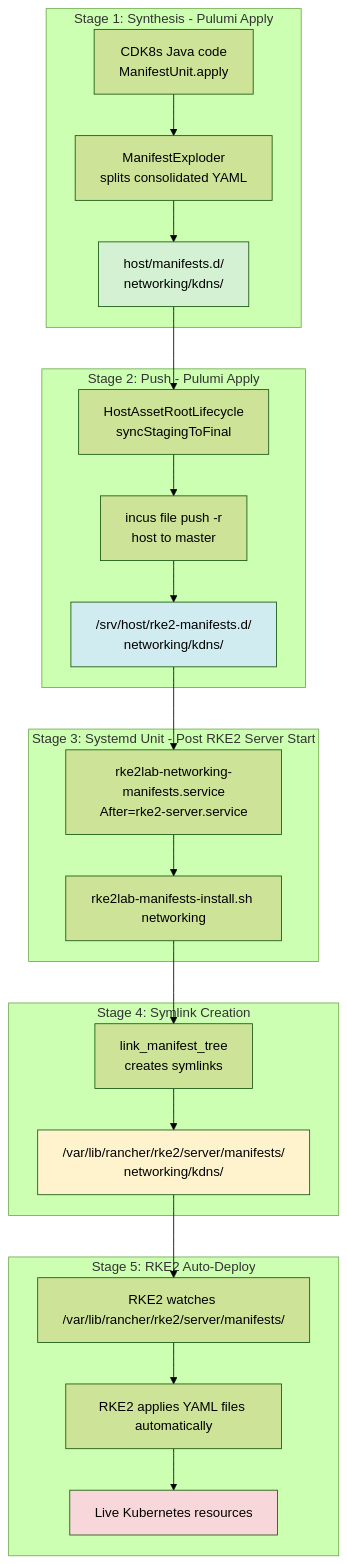
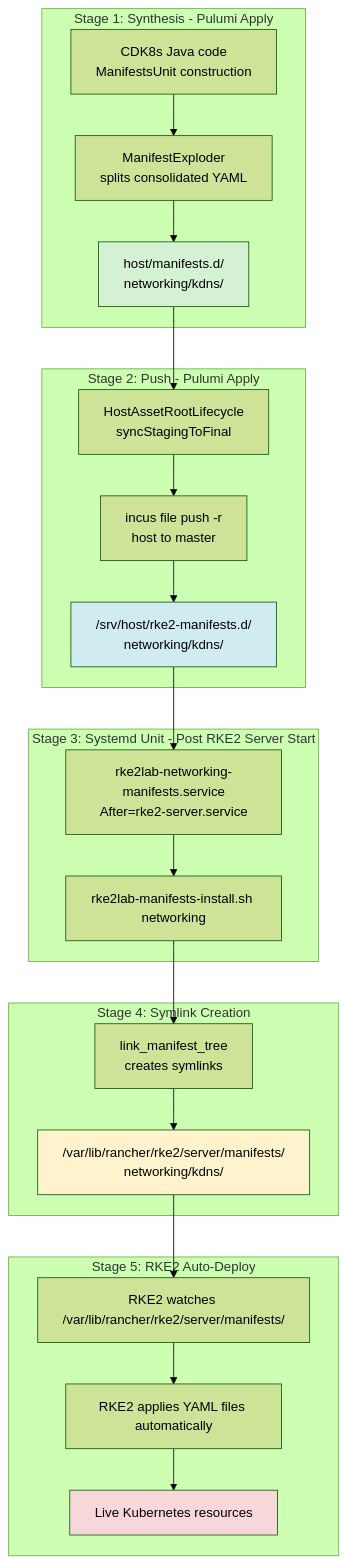
One commit to nxmatic/rke2lab changed the first of 5 diagrams in docs/manifest-apply-flow.adoc. Above: the diagram before and after it, drawn with Mermaid (forest theme). The commit also changed other lines of this file and 15 other files, not shown here.

First line of the commit message:
docs(manifests): consolidate architecture docs into hub + companions

```diff
--- a/docs/manifest-apply-flow.adoc
+++ b/docs/manifest-apply-flow.adoc
@@ -13,49 +13,49 @@
 [mermaid]
 ....
 graph TB
     subgraph "Stage 1: Synthesis - Pulumi Apply"
-        SYNTH["CDK8s Java code<br/>ManifestUnit.apply"]
+        SYNTH["CDK8s Java code<br/>ManifestsUnit construction"]
         EXPLODE["ManifestExploder<br/>splits consolidated YAML"]
         LOCAL["host/manifests.d/<br/>networking/kdns/"]
     end
 
     subgraph "Stage 2: Push - Pulumi Apply"
         SYNC["HostAssetRootLifecycle<br/>syncStagingToFinal"]
         PUSH["incus file push -r<br/>host to master"]
         MASTER["/srv/host/rke2-manifests.d/<br/>networking/kdns/"]
     end
 
     subgraph "Stage 3: Systemd Unit - Post RKE2 Server Start"
         UNIT["rke2lab-networking-manifests.service<br/>After=rke2-server.service"]
         SCRIPT["rke2lab-manifests-install.sh networking"]
     end
 
     subgraph "Stage 4: Symlink Creation"
         LINK["link_manifest_tree<br/>creates symlinks"]
         RKE2DIR["/var/lib/rancher/rke2/server/manifests/<br/>networking/kdns/"]
     end
 
     subgraph "Stage 5: RKE2 Auto-Deploy"
         WATCH[RKE2 watches /var/lib/rancher/rke2/server/manifests/]
         APPLY[RKE2 applies YAML files automatically]
         CLUSTER[Live Kubernetes resources]
     end
 
     SYNTH --> EXPLODE
     EXPLODE --> LOCAL
     LOCAL --> SYNC
     SYNC --> PUSH
     PUSH --> MASTER
     MASTER --> UNIT
     UNIT --> SCRIPT
     SCRIPT --> LINK
     LINK --> RKE2DIR
     RKE2DIR --> WATCH
     WATCH --> APPLY
     APPLY --> CLUSTER
 
     style LOCAL fill:#d4f1d4
     style MASTER fill:#d1ecf1
     style RKE2DIR fill:#fff3cd
     style CLUSTER fill:#f8d7da
 ....
```
